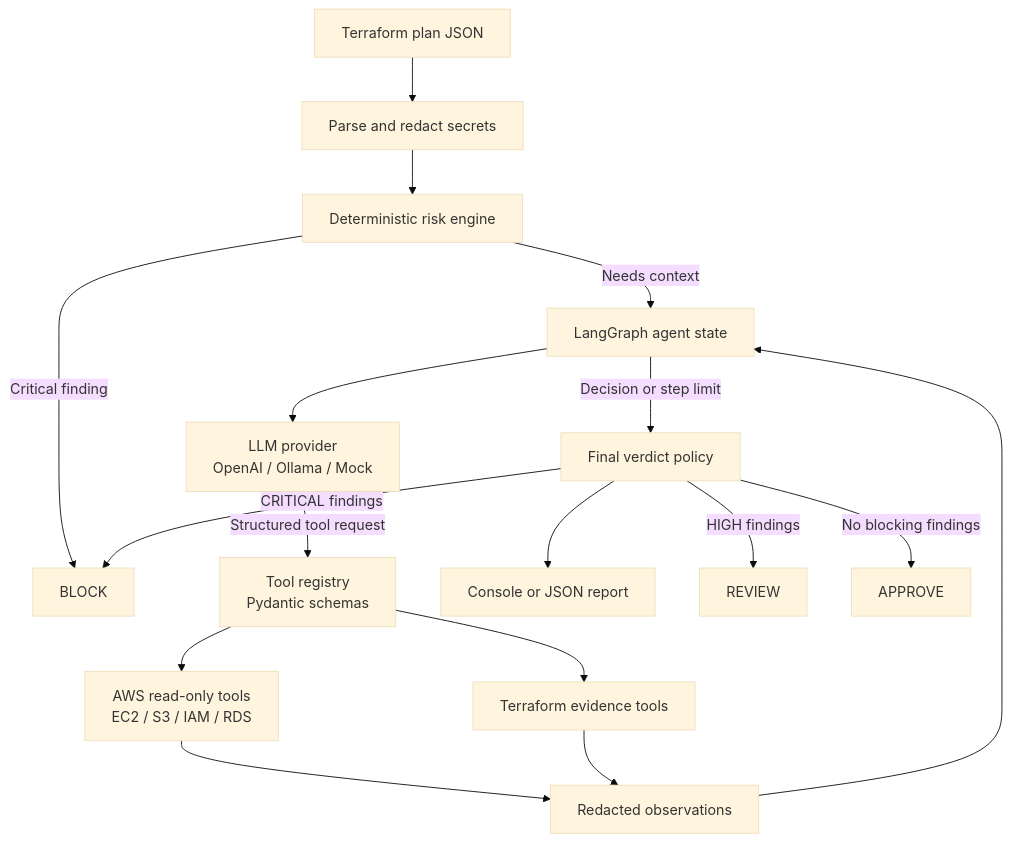
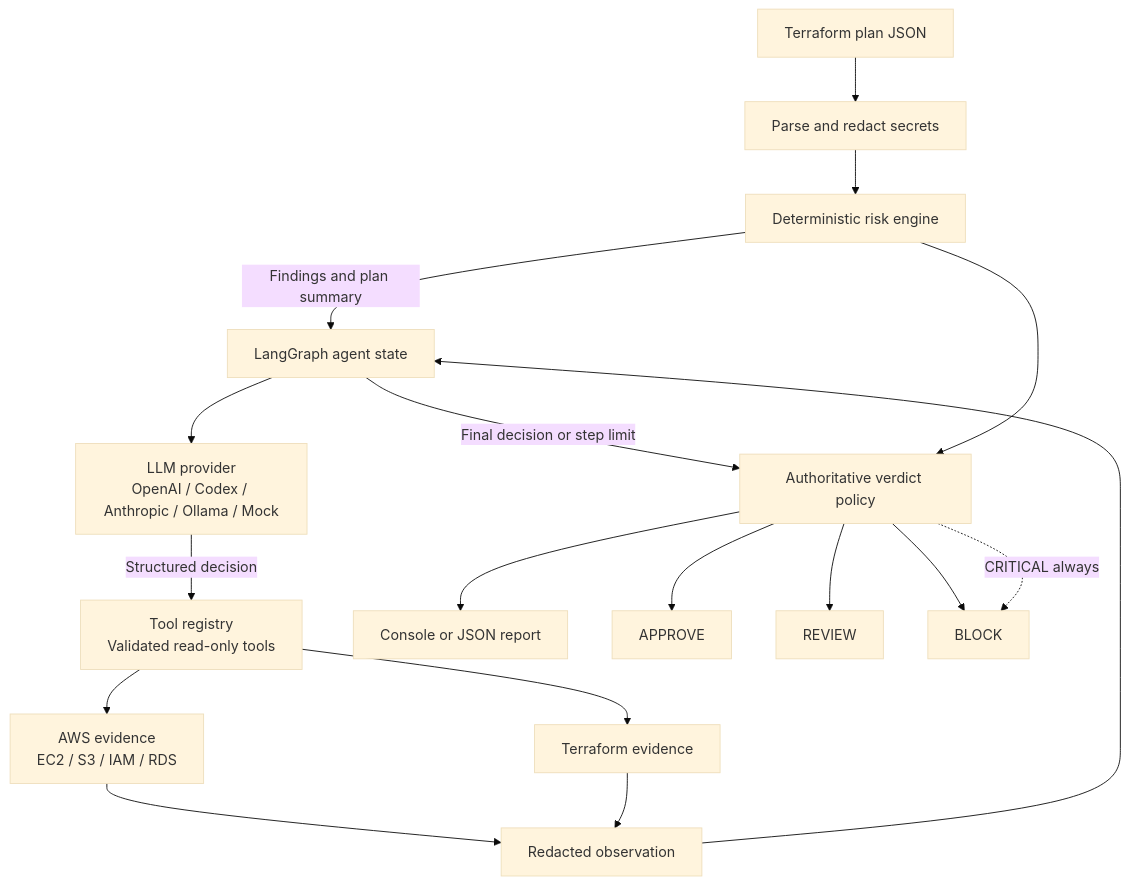
The diagram in README.md (sushmitha-ramesh/kestrel), drawn with Mermaid (base theme) before and after one commit. The commit also changed other lines of this file, not shown here.

````diff
--- a/README.md
+++ b/README.md
@@ -51,19 +32,20 @@
 ```mermaid
 flowchart TB
   PLAN[Terraform plan JSON] --> REDACT[Parse and redact secrets]
   REDACT --> RULES[Deterministic risk engine]
-  RULES -->|Critical finding| BLOCK[BLOCK]
-  RULES -->|Needs context| STATE[LangGraph agent state]
-  STATE --> MODEL[LLM provider<br/>OpenAI / Ollama / Mock]
-  MODEL -->|Structured tool request| REGISTRY[Tool registry<br/>Pydantic schemas]
-  REGISTRY --> AWS[AWS read-only tools<br/>EC2 / S3 / IAM / RDS]
-  REGISTRY --> TF[Terraform evidence tools]
-  AWS --> OBS[Redacted observations]
+  RULES -->|Findings and plan summary| STATE[LangGraph agent state]
+  STATE --> MODEL[LLM provider<br/>OpenAI / Codex / Anthropic / Ollama / Mock]
+  MODEL -->|Structured decision| REGISTRY[Tool registry<br/>Validated read-only tools]
+  REGISTRY --> AWS[AWS evidence<br/>EC2 / S3 / IAM / RDS]
+  REGISTRY --> TF[Terraform evidence]
+  AWS --> OBS[Redacted observation]
   TF --> OBS
   OBS --> STATE
-  STATE -->|Decision or step limit| POLICY[Final verdict policy]
+  STATE -->|Final decision or step limit| POLICY[Authoritative verdict policy]
+  RULES --> POLICY
   POLICY --> REPORT[Console or JSON report]
-  POLICY -->|HIGH findings| REVIEW[REVIEW]
-  POLICY -->|No blocking findings| APPROVE[APPROVE]
-  POLICY -->|CRITICAL findings| BLOCK
+  POLICY --> APPROVE[APPROVE]
+  POLICY --> REVIEW[REVIEW]
+  POLICY --> BLOCK[BLOCK]
+  POLICY -.->|CRITICAL always| BLOCK
 ```
````
